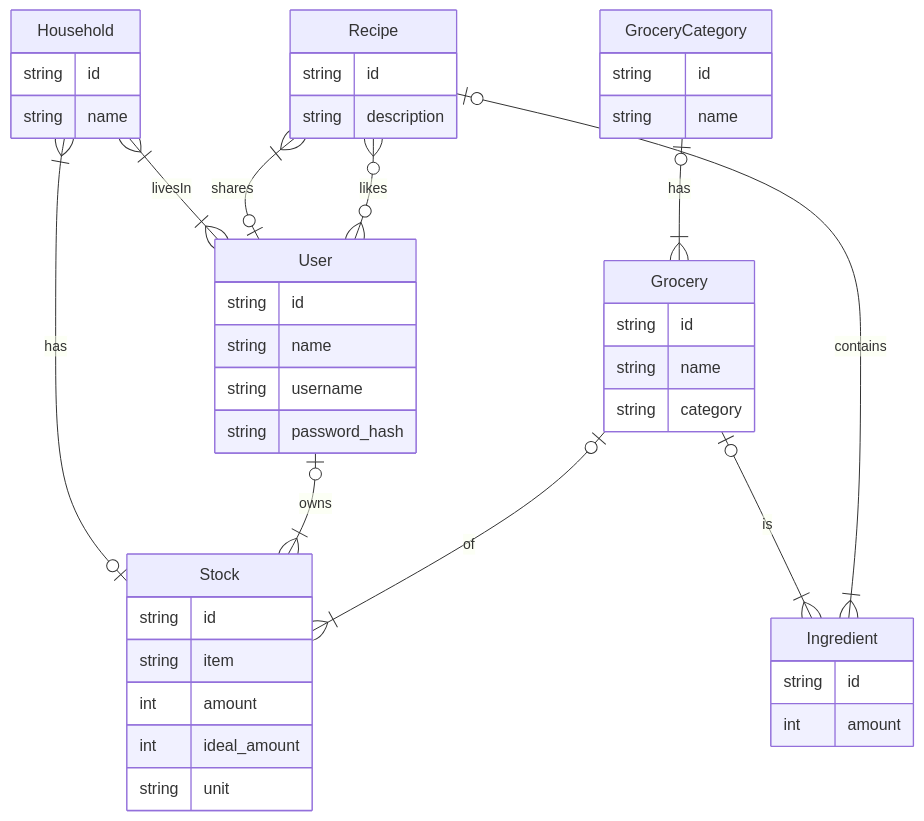
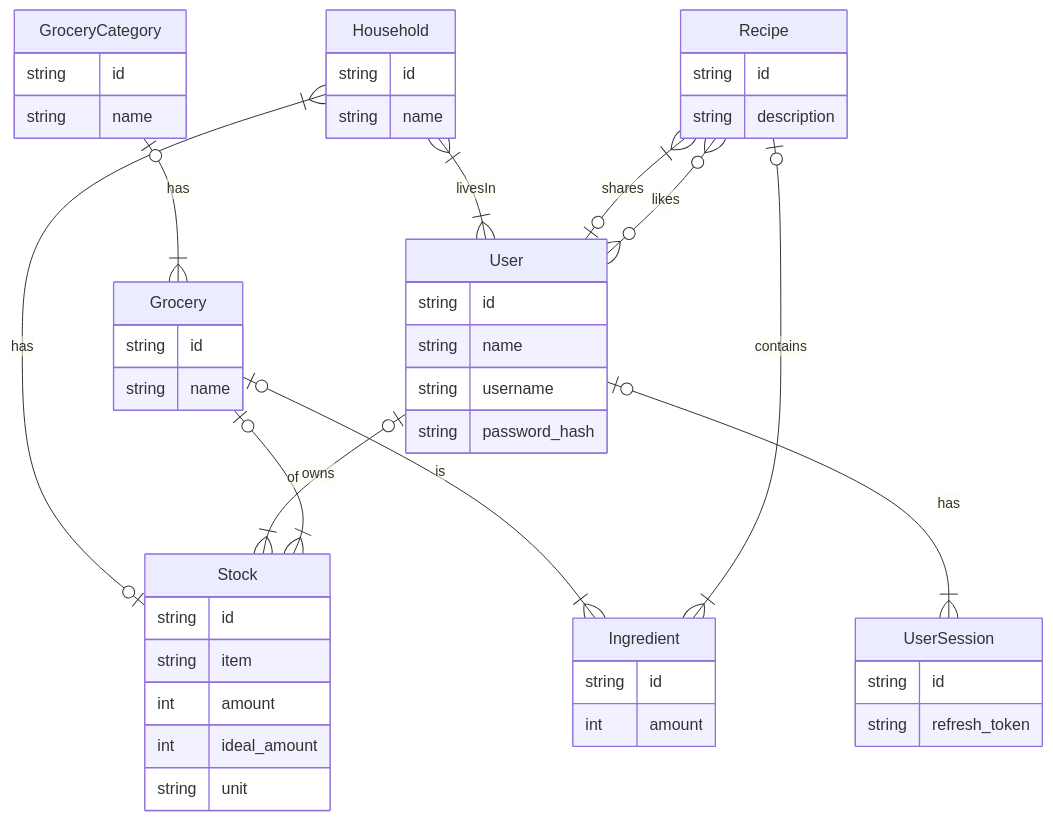
One commit to danielplan/wastend changed the diagram in docs/er-diagram.md. Above: the diagram before and after it, drawn with Mermaid. The commit also changed 27 other files, not shown here.

````diff
--- a/docs/er-diagram.md
+++ b/docs/er-diagram.md
@@ -5,46 +5,50 @@
 ```mermaid
 erDiagram
     User {
         string id
         string name
         string username
         string password_hash
     }
     Grocery {
         string id
         string name
-        string category
     }
     GroceryCategory {
         string id
         string name
     }
     Stock {
         string id
         string item
         int amount
         int ideal_amount
         string unit
     }
     Household {
         string id
         string name
     }
     Ingredient {
         string id
         int amount
     }
     Recipe {
         string id
         string description
     }
+    UserSession {
+        string id
+        string refresh_token
+    }
     Household }|--|{ User : livesIn
     Household }|--|o Stock : has
     Recipe }|--|o User : shares
     GroceryCategory o|--|{ Grocery : has
+    User o|--|{ UserSession : has
     User o|--|{ Stock : owns
     Grocery o|--|{ Stock : of
     Grocery o|--|{ Ingredient : is
     Recipe o|--|{ Ingredient : contains
     Recipe o{--}o User : likes
 ```
````
